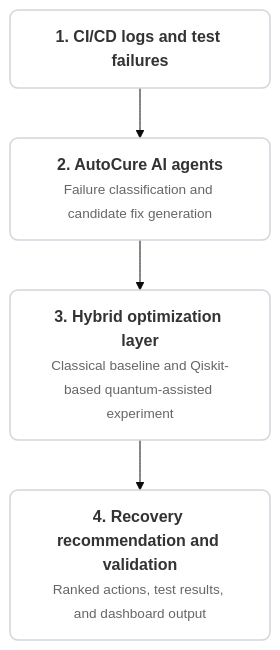
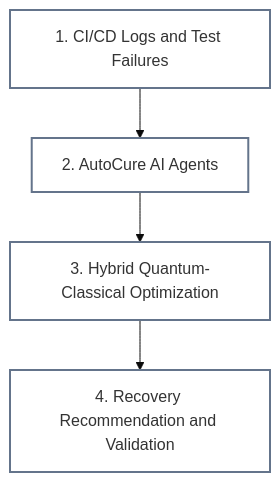
Before and after one commit to vtu-qiskit-fall-fest-2026/vtu-hc-cosmo-nibblers: the diagram in README.md, drawn with Mermaid (base theme). The commit also changed other lines of this file, not shown here.

````diff
--- a/README.md
+++ b/README.md
@@ -88,16 +96,16 @@
 ```mermaid
 flowchart TD
-    step1["<b>1. CI/CD logs and test failures</b>"]
-    step2["<b>2. AutoCure AI agents</b><br/><span style='font-size:0.85em;color:#666;'>Failure classification and candidate fix generation</span>"]
-    step3["<b>3. Hybrid optimization layer</b><br/><span style='font-size:0.85em;color:#666;'>Classical baseline and Qiskit-based quantum-assisted experiment</span>"]
-    step4["<b>4. Recovery recommendation and validation</b><br/><span style='font-size:0.85em;color:#666;'>Ranked actions, test results, and dashboard output</span>"]
+    A["1. CI/CD Logs and Test Failures"]
+    B["2. AutoCure AI Agents"]
+    C["3. Hybrid Quantum-Classical Optimization"]
+    D["4. Recovery Recommendation and Validation"]
 
-    step1 --> step2
-    step2 --> step3
-    step3 --> step4
+    A --> B
+    B --> C
+    C --> D
 
-    style step1 fill:#ffffff,stroke:#d1d5db,stroke-width:1.5px,rx:8px,ry:8px
-    style step2 fill:#ffffff,stroke:#d1d5db,stroke-width:1.5px,rx:8px,ry:8px
-    style step3 fill:#ffffff,stroke:#d1d5db,stroke-width:1.5px,rx:8px,ry:8px
-    style step4 fill:#ffffff,stroke:#d1d5db,stroke-width:1.5px,rx:8px,ry:8px
+    style A fill:#ffffff,stroke:#64748b,stroke-width:2px
+    style B fill:#ffffff,stroke:#64748b,stroke-width:2px
+    style C fill:#ffffff,stroke:#64748b,stroke-width:2px
+    style D fill:#ffffff,stroke:#64748b,stroke-width:2px
 ```
````
